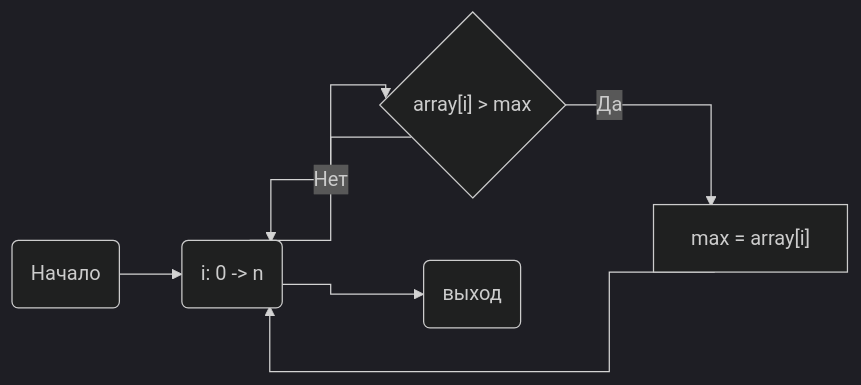
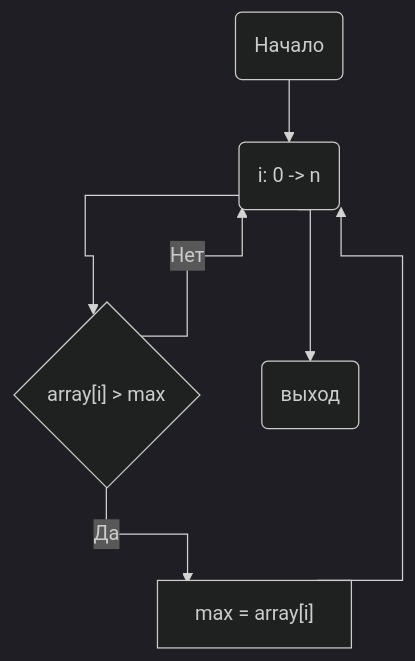
One commit to Sarkoxed/ParProg2022 changed the diagram in lab1/lab1.md. Above: the diagram before and after it, drawn with Mermaid (dark theme).

Commit message:
TD BLOCK SCHEME STYLE

````diff
--- a/lab1/lab1.md
+++ b/lab1/lab1.md
@@ -43,11 +43,11 @@
 ```mermaid
     %%{ init : {"flowchart" : { "curve" : "stepAfter", "diagramPadding" : 20 }}}%%
-    graph LR
+    graph TD
         A(Начало) --> B(i: 0 -> n)
         
         B --> C{"array[i] > max"}
         B --> E(выход)
         C -->|Да| D["max = array[i]"]
         D --> B
         C -->|Нет| B
 ```
````
